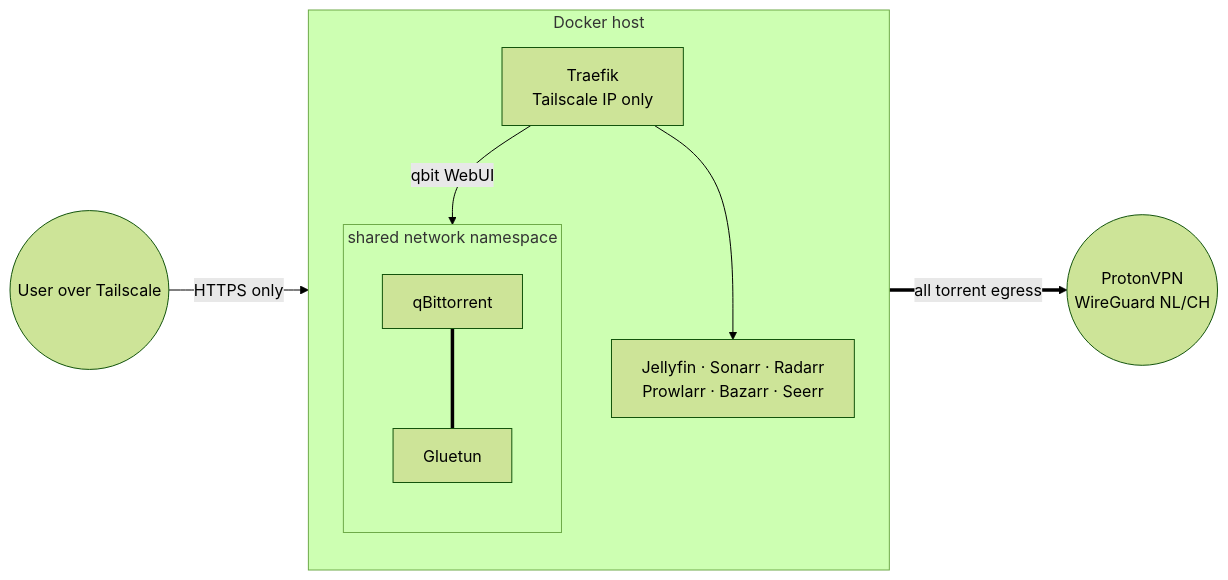
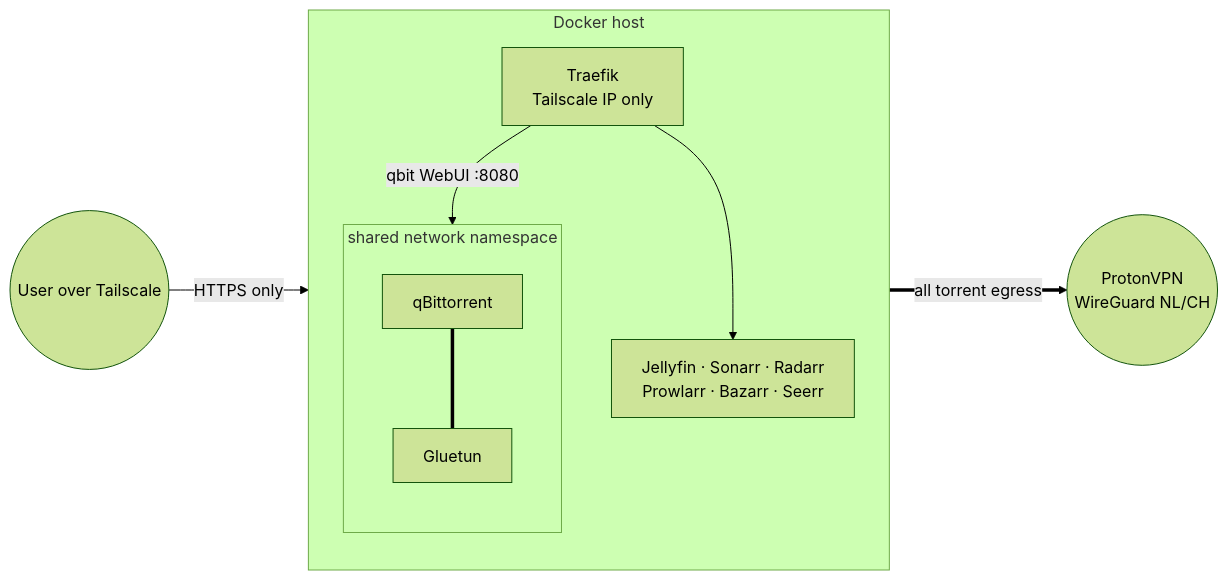
The diagram in README.md (Lackoftactics/uncompressed), drawn with Mermaid (forest theme) before and after one commit. The commit also changed other lines of this file, not shown here.

Commit message:
Fix qbit WebUI arrow target and Jellyfin port-publish prose

````diff
--- a/README.md
+++ b/README.md
@@ -54,25 +54,25 @@
 ```mermaid
 flowchart LR
     user((User over Tailscale))
     pvpn((ProtonVPN<br/>WireGuard NL/CH))
 
     user -->|HTTPS only| traefik
 
     subgraph host[Docker host]
         direction TB
         traefik[Traefik<br/>Tailscale IP only]
         services[Jellyfin · Sonarr · Radarr<br/>Prowlarr · Bazarr · Seerr]
 
         subgraph netns[shared network namespace]
             direction TB
             qbit[qBittorrent]
             gluetun[Gluetun]
             qbit === gluetun
         end
 
         traefik --> services
-        traefik -->|qbit WebUI| qbit
+        traefik -->|qbit WebUI :8080| gluetun
     end
 
     gluetun ==>|all torrent egress| pvpn
 ```
````
